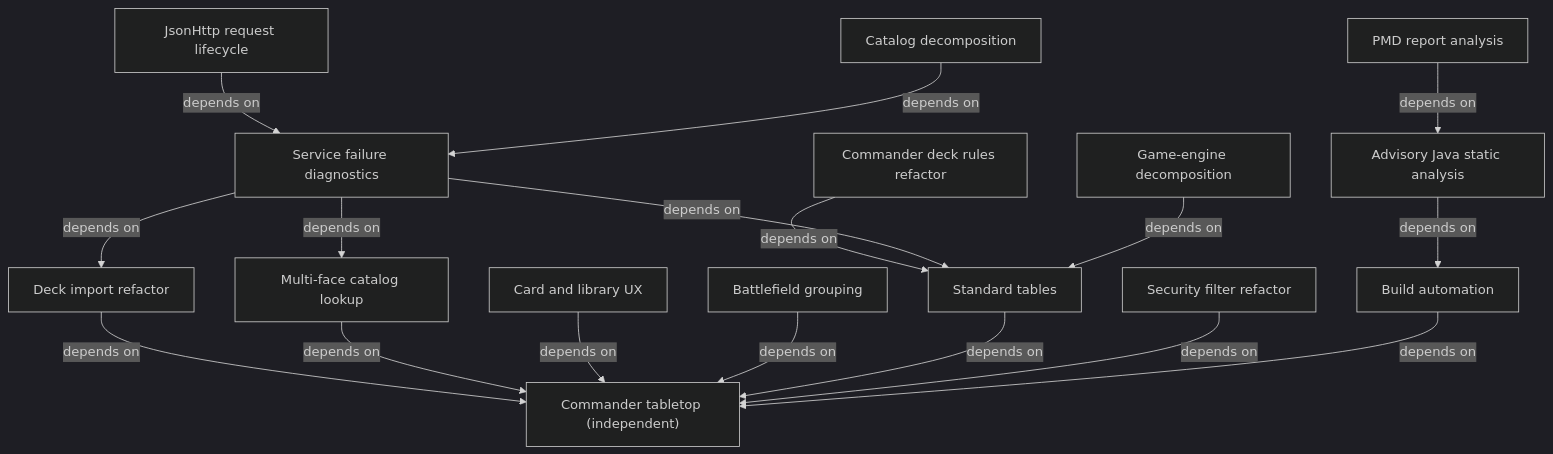
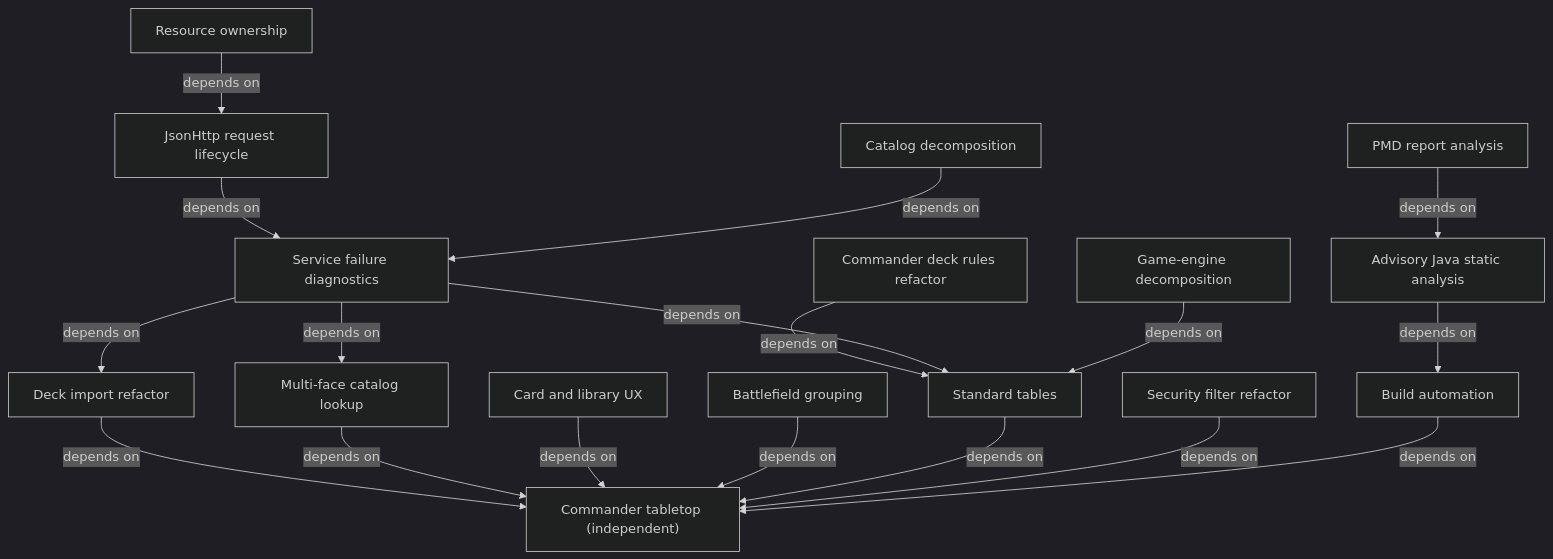
One commit to gossagomez-new/mtgcmd changed the diagram in spec/INDEX.md. Above: the diagram before and after it, drawn with Mermaid (dark theme). The commit also changed other lines of this file and 13 other files, not shown here.

Commit message:
refactor(backend): make http resource ownership explicit

````diff
--- a/spec/INDEX.md
+++ b/spec/INDEX.md
@@ -25,34 +26,36 @@
 ```mermaid
 flowchart TD
     tabletop["Commander tabletop (independent)"]
     build["Build automation"]
     analysis["Advisory Java static analysis"]
     analysis -->|depends on| build
     pmdreview["PMD report analysis"]
     pmdreview -->|depends on| analysis
     imports["Deck import refactor"]
     imports -->|depends on| tabletop
     catalog["Multi-face catalog lookup"]
     catalog -->|depends on| tabletop
     ux["Card and library UX"]
     ux -->|depends on| tabletop
     grouping["Battlefield grouping"]
     grouping -->|depends on| tabletop
     standard["Standard tables"]
     standard -->|depends on| tabletop
     deckrules["Commander deck rules refactor"]
     deckrules -->|depends on| standard
     diagnostics["Service failure diagnostics"]
     diagnostics -->|depends on| imports
     diagnostics -->|depends on| catalog
     diagnostics -->|depends on| standard
     transport["JsonHttp request lifecycle"]
     transport -->|depends on| diagnostics
+    resources["Resource ownership"]
+    resources -->|depends on| transport
     decomposition["Catalog decomposition"]
     decomposition -->|depends on| diagnostics
     engine["Game-engine decomposition"]
     engine -->|depends on| standard
     security["Security filter refactor"]
     security -->|depends on| tabletop
     build -->|depends on| tabletop
 ```
````
